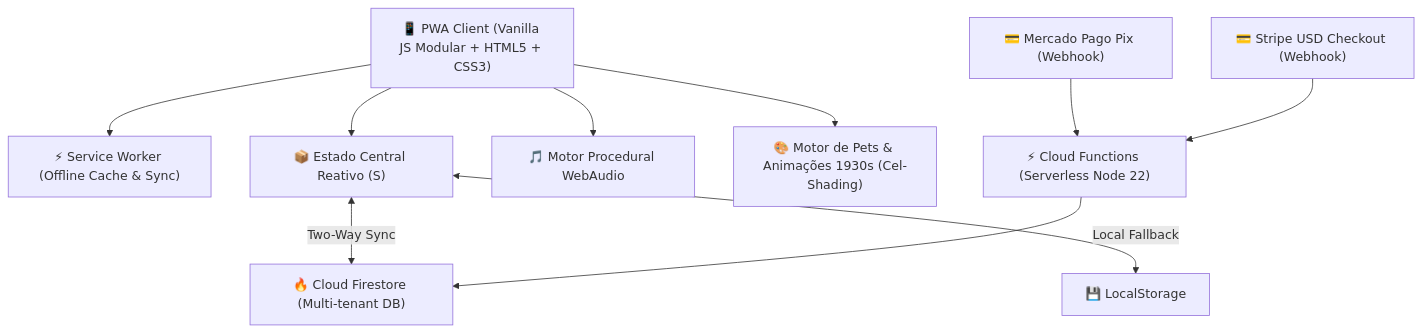
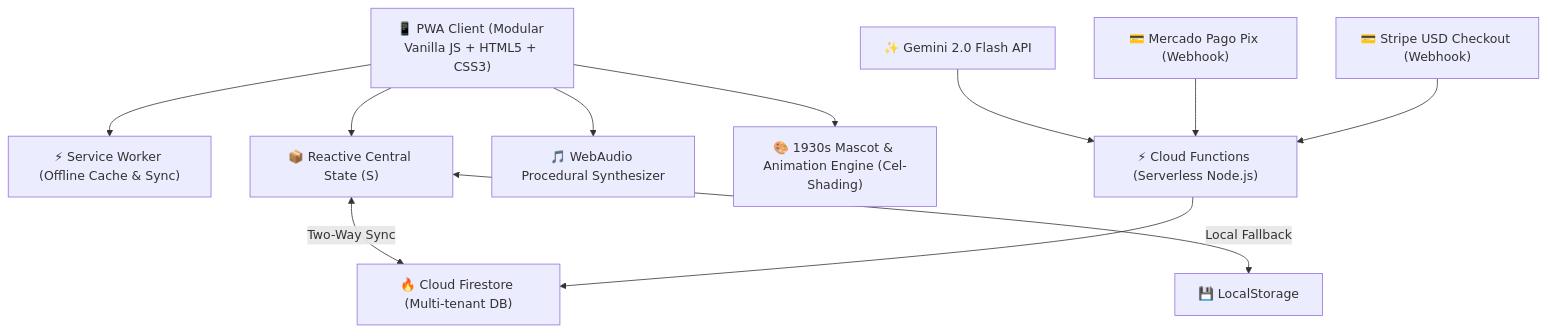
One commit to kawancosta1/prumo changed the diagram in ARCHITECTURE.md. Above: the diagram before and after it, drawn with Mermaid. The commit also changed other lines of this file and 3 other files, not shown here.

Commit message:
docs: english technical documentation, architecture specs, and auto-detect locale

````diff
--- a/ARCHITECTURE.md
+++ b/ARCHITECTURE.md
@@ -11,20 +11,21 @@
 ```mermaid
 flowchart TD
-    Client["📱 PWA Client (Vanilla JS Modular + HTML5 + CSS3)"]
+    Client["📱 PWA Client (Modular Vanilla JS + HTML5 + CSS3)"]
     SW["⚡ Service Worker (Offline Cache & Sync)"]
-    State["📦 Estado Central Reativo (S)"]
-    Audio["🎵 Motor Procedural WebAudio"]
-    Engine1930["🎨 Motor de Pets & Animações 1930s (Cel-Shading)"]
-    
+    State["📦 Reactive Central State (S)"]
+    Audio["🎵 WebAudio Procedural Synthesizer"]
+    Engine1930["🎨 1930s Mascot & Animation Engine (Cel-Shading)"]
+
     Client --> SW
     Client --> State
     Client --> Audio
     Client --> Engine1930
-    
+
     State <--> |"Two-Way Sync"| Firestore["🔥 Cloud Firestore (Multi-tenant DB)"]
     State <--> |"Local Fallback"| LocalStorage["💾 LocalStorage"]
-    
-    CloudFunctions["⚡ Cloud Functions (Serverless Node 22)"] --> Firestore
+
+    CloudFunctions["⚡ Cloud Functions (Serverless Node.js)"] --> Firestore
+    GeminiAPI["✨ Gemini 2.0 Flash API"] --> CloudFunctions
     MercadoPago["💳 Mercado Pago Pix (Webhook)"] --> CloudFunctions
     Stripe["💳 Stripe USD Checkout (Webhook)"] --> CloudFunctions
 ```
````
